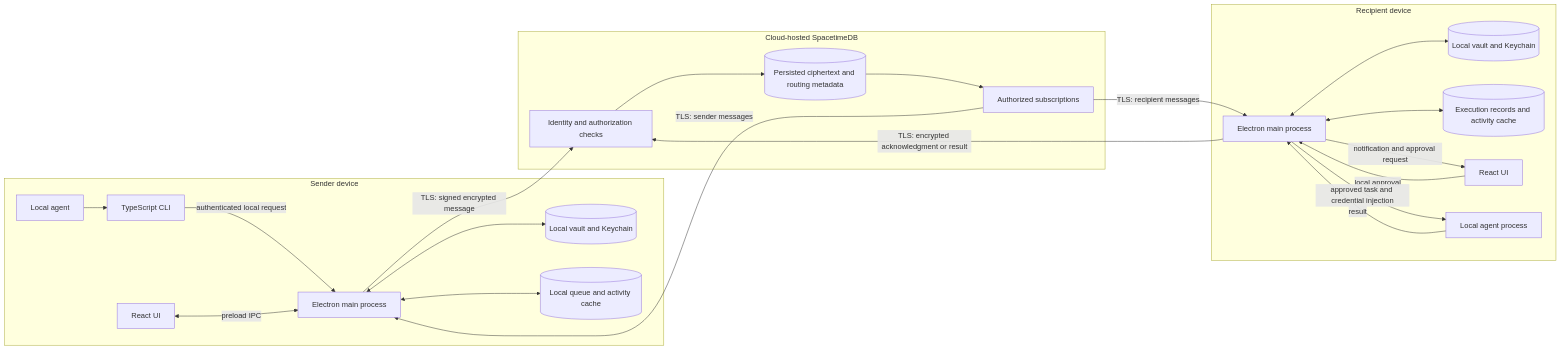
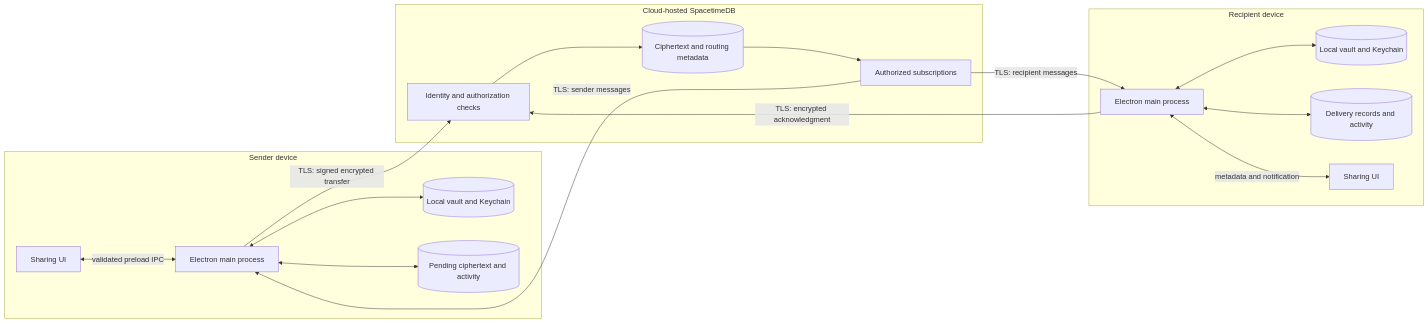
Before and after one commit to LakshyaDhingra/.sct: the first of 2 diagrams in docs/architecture.md, drawn with Mermaid. The commit also changed other lines of this file and 4 other files, not shown here.

````diff
--- a/docs/architecture.md
+++ b/docs/architecture.md
@@ -10,26 +21,21 @@
 ```mermaid
 flowchart LR
   subgraph A[Sender device]
-    SA[Local agent] --> CLI[TypeScript CLI]
-    CLI -->|authenticated local request| SM[Electron main process]
-    SU[React UI] <-->|preload IPC| SM
+    SU[Sharing UI] <-->|validated preload IPC| SM[Electron main process]
     SM <--> SK[(Local vault and Keychain)]
-    SM <--> SL[(Local queue and activity cache)]
+    SM <--> SQ[(Pending ciphertext and activity)]
   end
-  SM -->|TLS: signed encrypted message| AUTH
+  SM -->|TLS: signed encrypted transfer| AUTH
   subgraph C[Cloud-hosted SpacetimeDB]
-    AUTH[Identity and authorization checks] --> DB[(Persisted ciphertext and routing metadata)]
+    AUTH[Identity and authorization checks] --> DB[(Ciphertext and routing metadata)]
     DB --> SUB[Authorized subscriptions]
   end
   SUB -->|TLS: recipient messages| RM
   subgraph B[Recipient device]
     RM[Electron main process] <--> RK[(Local vault and Keychain)]
-    RM <--> RL[(Execution records and activity cache)]
-    RM -->|notification and approval request| RU[React UI]
-    RU -->|local approval| RM
-    RM -->|approved task and credential injection| RA[Local agent process]
-    RA -->|result| RM
+    RM <--> RQ[(Delivery records and activity)]
+    RM <-->|metadata and notification| RU[Sharing UI]
   end
-  RM -->|TLS: encrypted acknowledgment or result| AUTH
+  RM -->|TLS: encrypted acknowledgment| AUTH
   SUB -->|TLS: sender messages| SM
 ```
````
